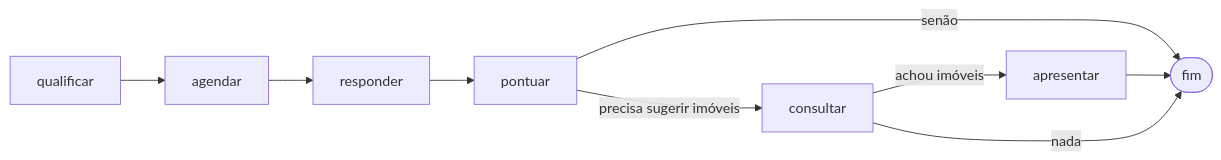
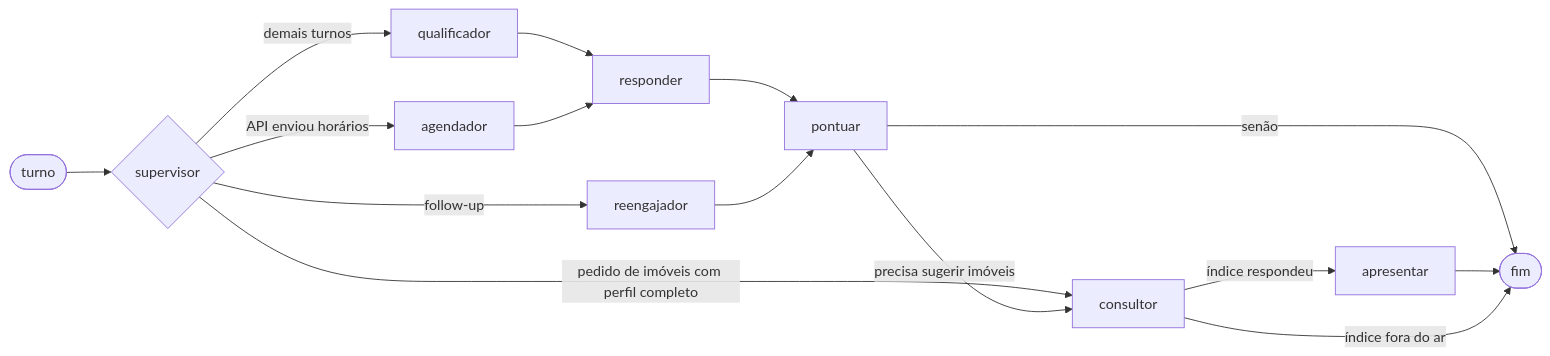
The diagram in README.md (fvconde/solar-ai), drawn with Mermaid before and after one commit. The commit also changed other lines of this file, not shown here.

Commit message:
docs: atualiza diagrama do README com o supervisor do grafo

````diff
--- a/README.md
+++ b/README.md
@@ -70,8 +70,16 @@
 ```mermaid
 flowchart LR
-    qualificar --> agendar --> responder --> pontuar
-    pontuar -->|precisa sugerir imóveis| consultar
+    inicio([turno]) --> supervisor{supervisor}
+    supervisor -->|follow-up| reengajador
+    supervisor -->|API enviou horários| agendador
+    supervisor -->|pedido de imóveis com perfil completo| consultor
+    supervisor -->|demais turnos| qualificador
+    qualificador --> responder
+    agendador --> responder
+    responder --> pontuar
+    reengajador --> pontuar
+    pontuar -->|precisa sugerir imóveis| consultor
     pontuar -->|senão| fim([fim])
-    consultar -->|achou imóveis| apresentar --> fim
-    consultar -->|nada| fim
+    consultor -->|índice respondeu| apresentar --> fim
+    consultor -->|índice fora do ar| fim
 ```
````
